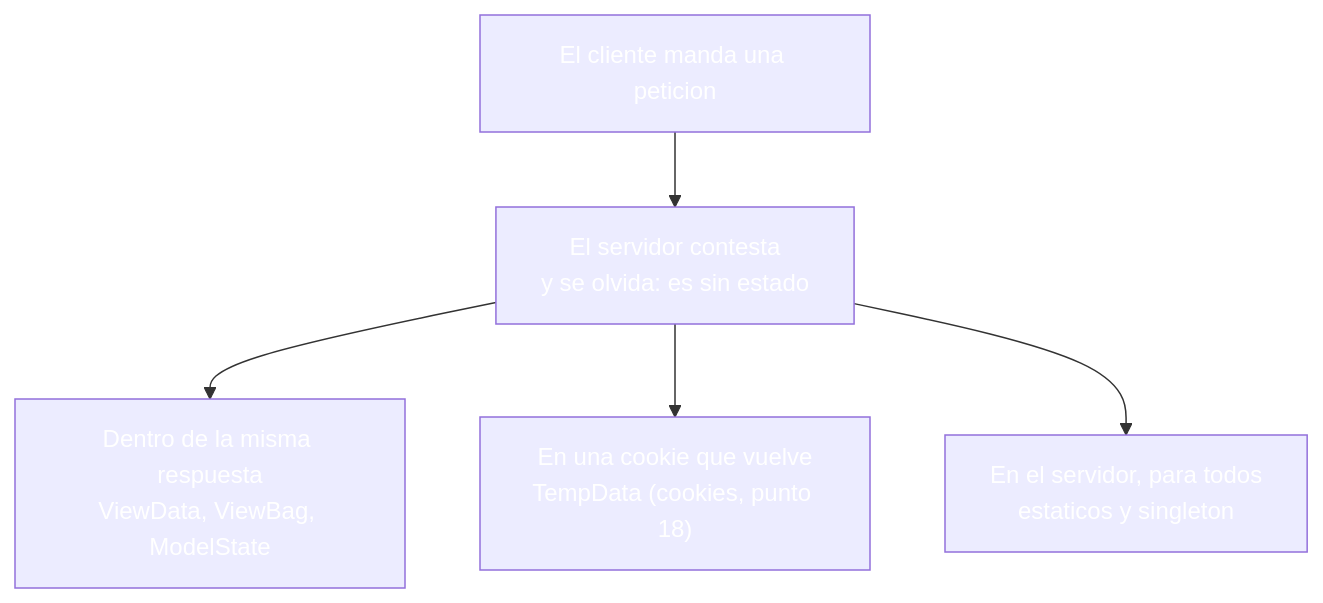
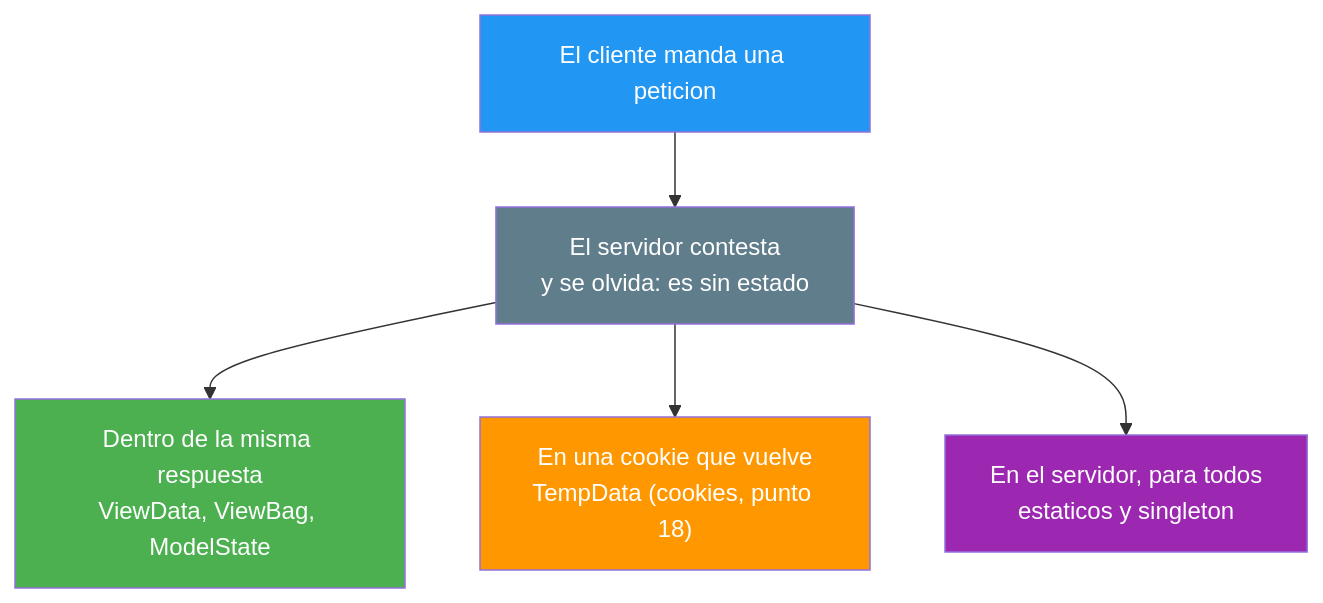
Before and after one commit to joseluisgs/DesarrolloWebEntornosServidor-03-2026-2027: the first of 4 diagrams in 17-estado-app.md, drawn with Mermaid. The commit also changed other lines of this file and 25 other files, not shown here.

Commit message:
docs: corregir los estilos Mermaid de los temas y alinear el dominio del tema 25 con ProductosApp

````diff
--- a/17-estado-app.md
+++ b/17-estado-app.md
@@ -84,12 +84,12 @@
 ```mermaid
 graph TD
     P["El cliente manda una peticion"] --> R["El servidor contesta<br/>y se olvida: es sin estado"]
     R --> T1["Dentro de la misma respuesta<br/>ViewData, ViewBag, ModelState"]
     R --> T2["En una cookie que vuelve<br/>TempData (cookies, punto 18)"]
     R --> T3["En el servidor, para todos<br/>estaticos y singleton"]
-    style P fill:#2196F,color:#fff3,color:#fff
-    style R fill:#607D8,color:#fffB,color:#fff
-    style T1 fill:#4CAF5,color:#fff0,color:#fff
-    style T2 fill:#FF980,color:#fff0,color:#fff
-    style T3 fill:#9C27B,color:#fff0,color:#fff
+    style P fill:#2196F3,color:#fff
+    style R fill:#607D8B,color:#fff
+    style T1 fill:#4CAF50,color:#fff
+    style T2 fill:#FF9800,color:#fff
+    style T3 fill:#9C27B0,color:#fff
 ```
````
